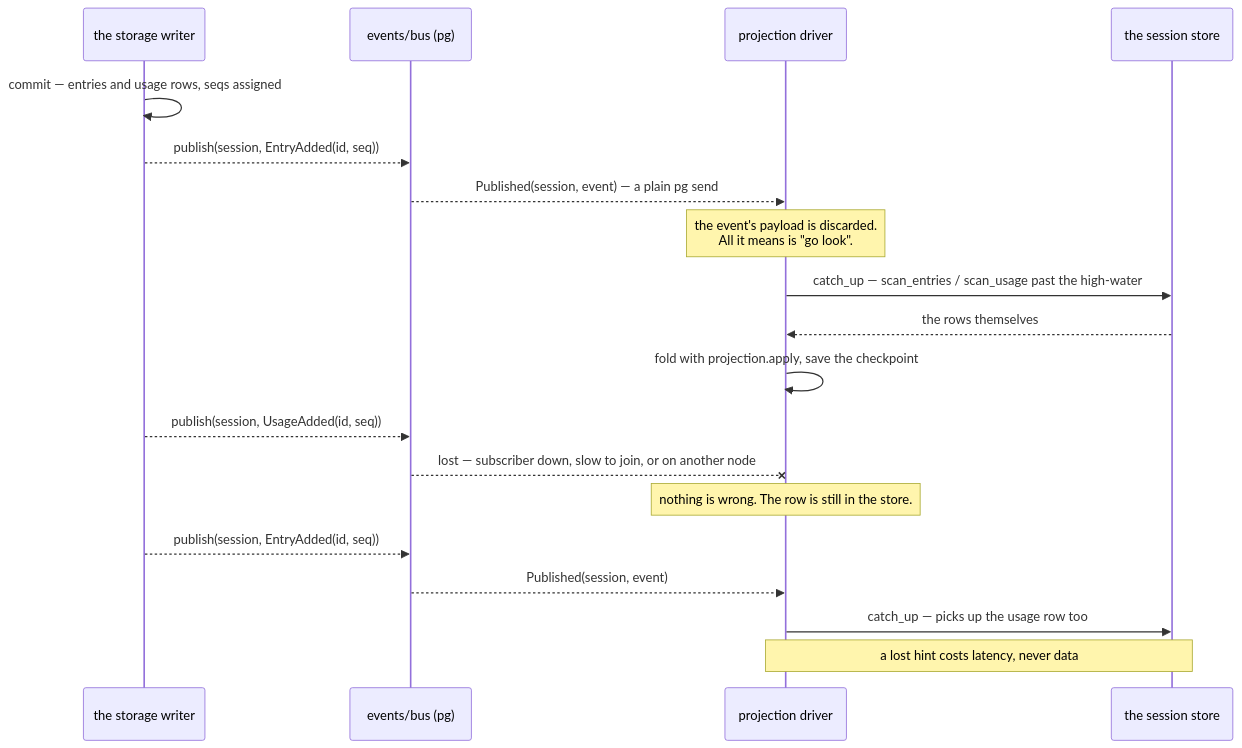
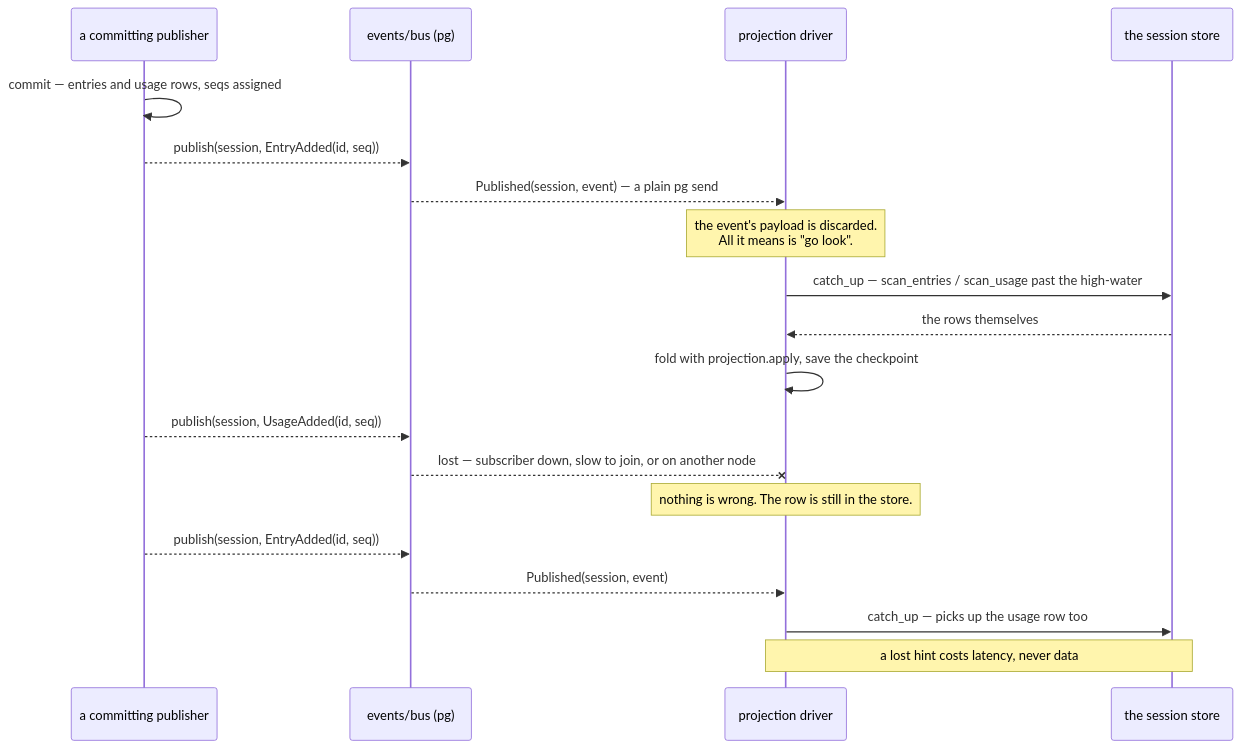
The second of 5 diagrams in packages/events/README.md (Roasbeef/loom), drawn with Mermaid before and after one commit. The commit also changed other lines of this file, not shown here.

````diff
--- a/packages/events/README.md
+++ b/packages/events/README.md
@@ -18,24 +39,24 @@
 ```mermaid
 sequenceDiagram
-  participant W as the storage writer
+  participant W as a committing publisher
   participant B as events/bus (pg)
   participant D as projection driver
   participant S as the session store
 
   W->>W: commit — entries and usage rows, seqs assigned
   W-->>B: publish(session, EntryAdded(id, seq))
   B-->>D: Published(session, event) — a plain pg send
   Note over D: the event's payload is discarded.<br/>All it means is "go look".
   D->>S: catch_up — scan_entries / scan_usage past the high-water
   S-->>D: the rows themselves
   D->>D: fold with projection.apply, save the checkpoint
 
   W-->>B: publish(session, UsageAdded(id, seq))
   B--xD: lost — subscriber down, slow to join, or on another node
   Note over D: nothing is wrong. The row is still in the store.
 
   W-->>B: publish(session, EntryAdded(id, seq))
   B-->>D: Published(session, event)
   D->>S: catch_up — picks up the usage row too
   Note over D,S: a lost hint costs latency, never data
 ```
````
